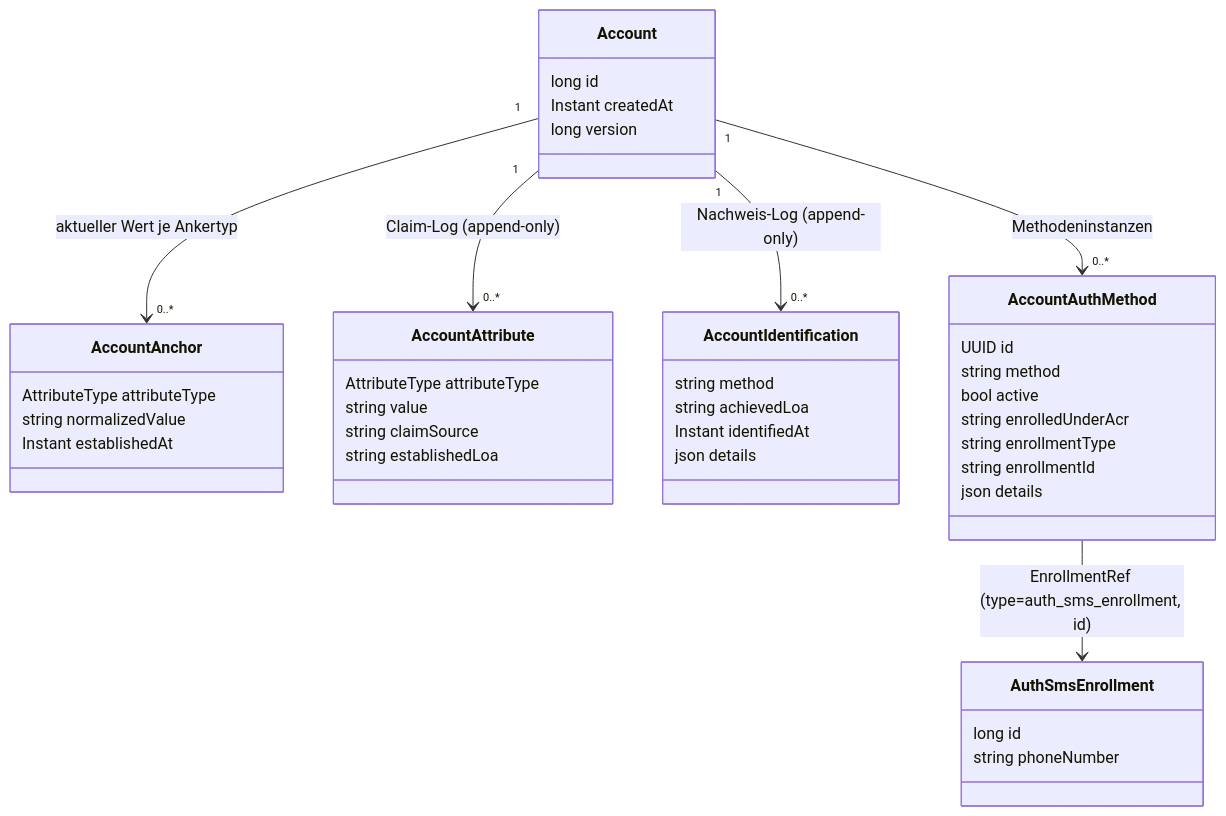
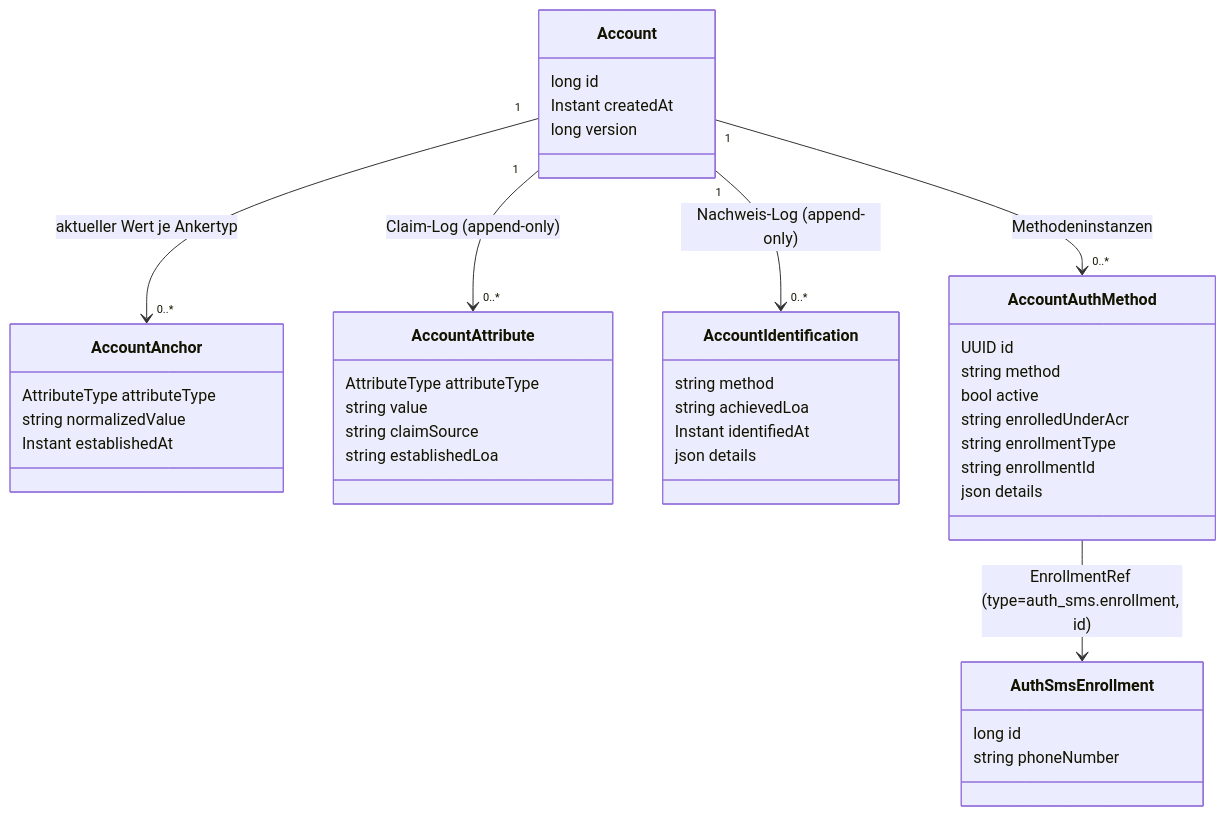
Before and after one commit to rpreissel/DPoP-demo: the diagram in docs/06-ablaeufe.md, drawn with Mermaid. The commit also changed other lines of this file and 108 other files, not shown here.

First line of the commit message:
refactor: ein Datenbankschema je Modul statt Tabellenpraefix

````diff
--- a/docs/06-ablaeufe.md
+++ b/docs/06-ablaeufe.md
@@ -11,44 +11,44 @@
 ```mermaid
 classDiagram
   class Account {
     long id
     Instant createdAt
     long version
   }
   class AccountAnchor {
     AttributeType attributeType
     string normalizedValue
     Instant establishedAt
   }
   class AccountAttribute {
     AttributeType attributeType
     string value
     string claimSource
     string establishedLoa
   }
   class AccountIdentification {
     string method
     string achievedLoa
     Instant identifiedAt
     json details
   }
   class AccountAuthMethod {
     UUID id
     string method
     bool active
     string enrolledUnderAcr
     string enrollmentType
     string enrollmentId
     json details
   }
   class AuthSmsEnrollment {
     long id
     string phoneNumber
   }
 
   Account "1" --> "0..*" AccountAnchor : aktueller Wert je Ankertyp
   Account "1" --> "0..*" AccountAttribute : Claim-Log (append-only)
   Account "1" --> "0..*" AccountIdentification : Nachweis-Log (append-only)
   Account "1" --> "0..*" AccountAuthMethod : Methodeninstanzen
-  AccountAuthMethod --> AuthSmsEnrollment : EnrollmentRef (type=auth_sms_enrollment, id)
+  AccountAuthMethod --> AuthSmsEnrollment : EnrollmentRef (type=auth_sms.enrollment, id)
 ```
````
